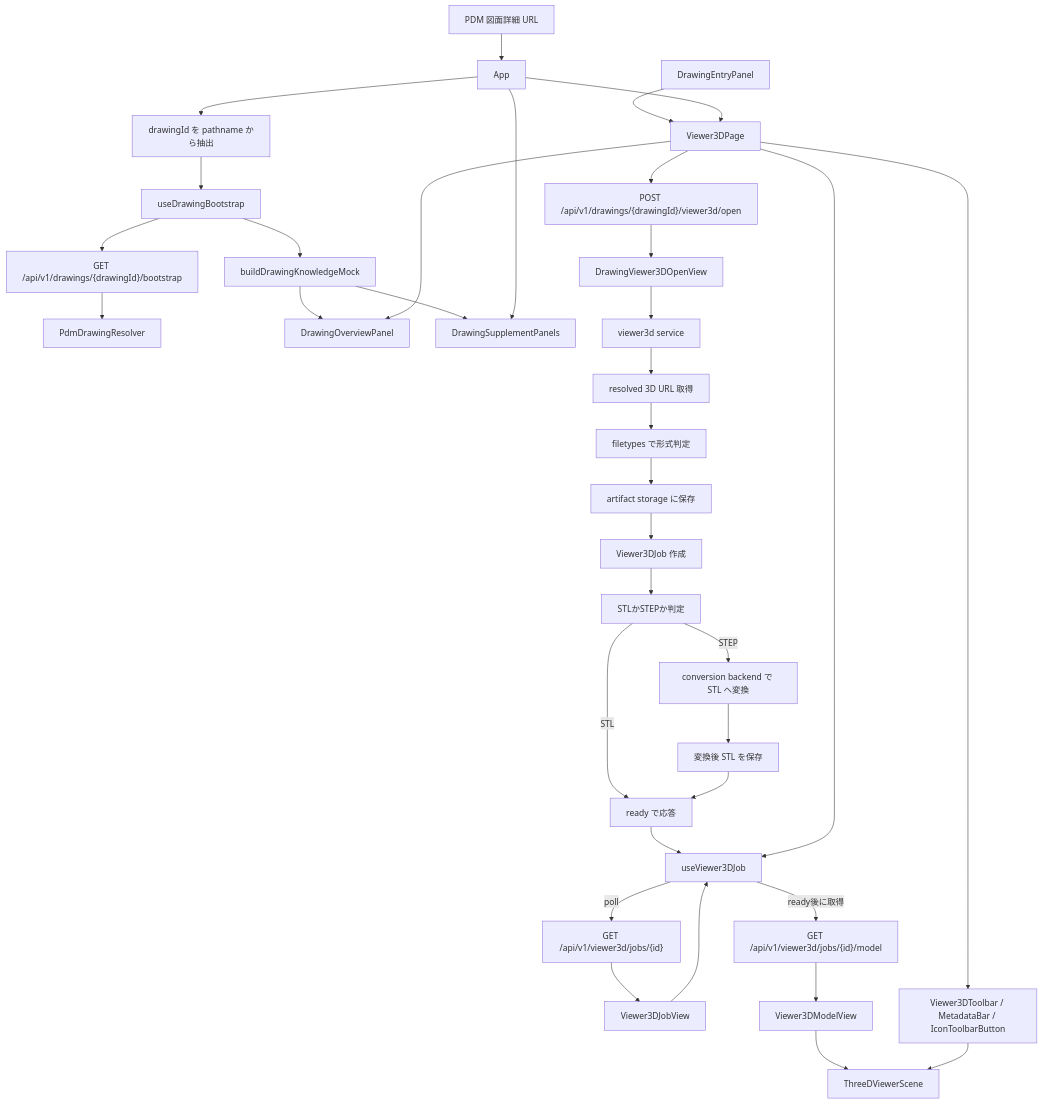
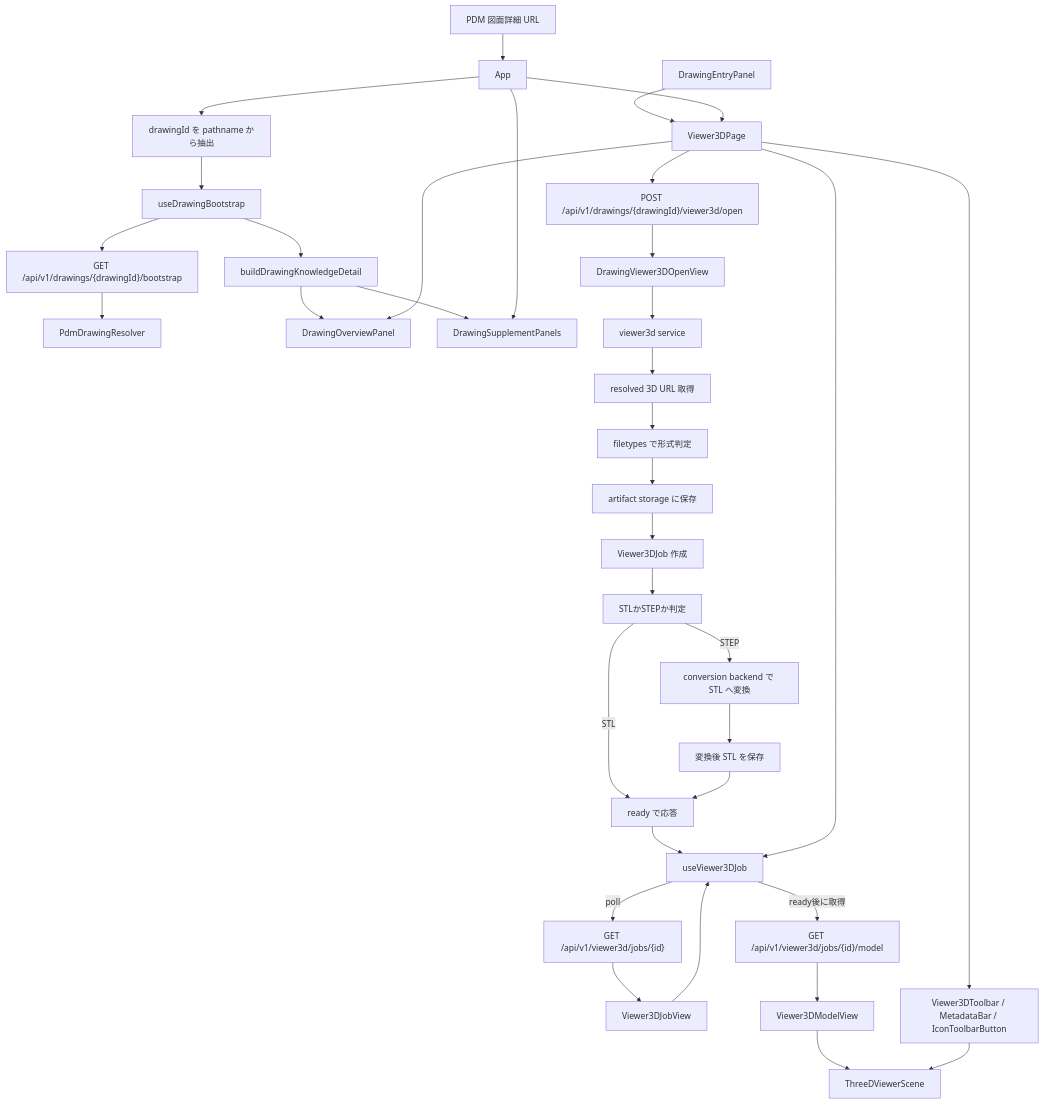
Before and after one commit to s-alp/knowledge_system: the third of 4 diagrams in integrations/2D_3D_CAD_VIEWR/docs/viewer-flow.md, drawn with Mermaid. The commit also changed other lines of this file and 57 other files, not shown here.

````diff
--- a/integrations/2D_3D_CAD_VIEWR/docs/viewer-flow.md
+++ b/integrations/2D_3D_CAD_VIEWR/docs/viewer-flow.md
@@ -123,42 +123,42 @@
 ```mermaid
 flowchart TD
     pdm["PDM 図面詳細 URL"] --> app["App"]
     app --> route["drawingId を pathname から抽出"]
     route --> bootstrap["useDrawingBootstrap"]
     bootstrap --> apiBootstrap["GET /api/v1/drawings/{drawingId}/bootstrap"]
     apiBootstrap --> resolve3d["PdmDrawingResolver"]
 
-    bootstrap --> mock3d["buildDrawingKnowledgeMock"]
-    mock3d --> overview3d["DrawingOverviewPanel"]
-    mock3d --> supplement3d["DrawingSupplementPanels"]
+    bootstrap --> knowledge3d["buildDrawingKnowledgeDetail"]
+    knowledge3d --> overview3d["DrawingOverviewPanel"]
+    knowledge3d --> supplement3d["DrawingSupplementPanels"]
     entry3d["DrawingEntryPanel"] --> page3d
 
     app --> page3d["Viewer3DPage"]
     page3d --> apiOpen3d["POST /api/v1/drawings/{drawingId}/viewer3d/open"]
     apiOpen3d --> view3d["DrawingViewer3DOpenView"]
     view3d --> service3d["viewer3d service"]
     service3d --> fetch3d["resolved 3D URL 取得"]
     fetch3d --> detect3d["filetypes で形式判定"]
     detect3d --> store3d["artifact storage に保存"]
     store3d --> job3d["Viewer3DJob 作成"]
 
     job3d --> stlCheck["STLかSTEPか判定"]
     stlCheck -->|STL| ready3d["ready で応答"]
     stlCheck -->|STEP| convert3d["conversion backend で STL へ変換"]
     convert3d --> modelStore["変換後 STL を保存"]
     modelStore --> ready3d
 
     ready3d --> pollHook["useViewer3DJob"]
     page3d --> pollHook
     pollHook -->|poll| jobApi["GET /api/v1/viewer3d/jobs/{id}"]
     jobApi --> jobView["Viewer3DJobView"]
     jobView --> pollHook
 
     pollHook -->|ready後に取得| modelApi["GET /api/v1/viewer3d/jobs/{id}/model"]
     modelApi --> modelView["Viewer3DModelView"]
     modelView --> scene3d["ThreeDViewerScene"]
     page3d --> toolbar3d["Viewer3DToolbar / MetadataBar / IconToolbarButton"]
     toolbar3d --> scene3d
     page3d --> overview3d
     app --> supplement3d
 ```
````
